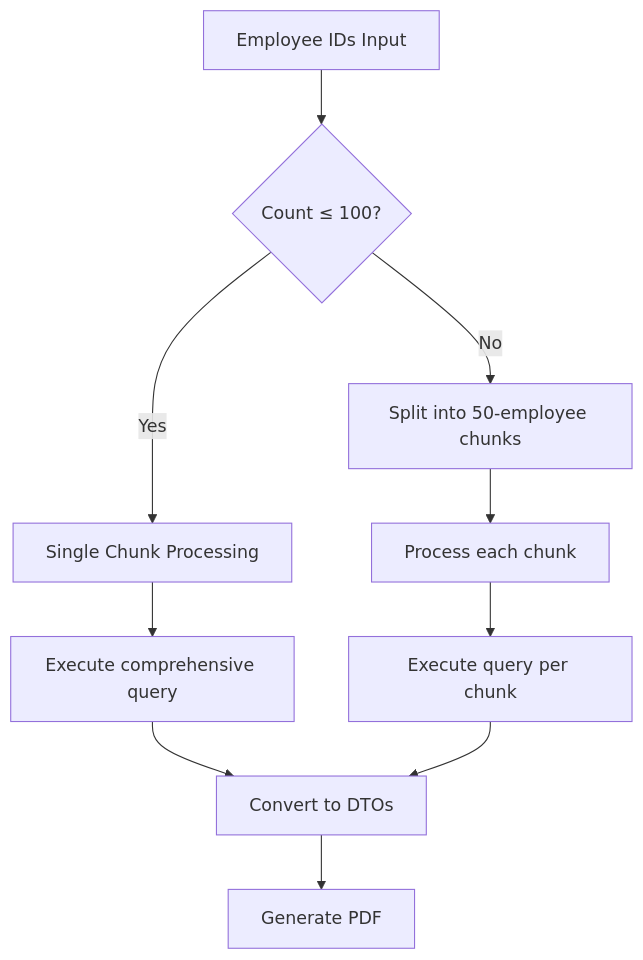
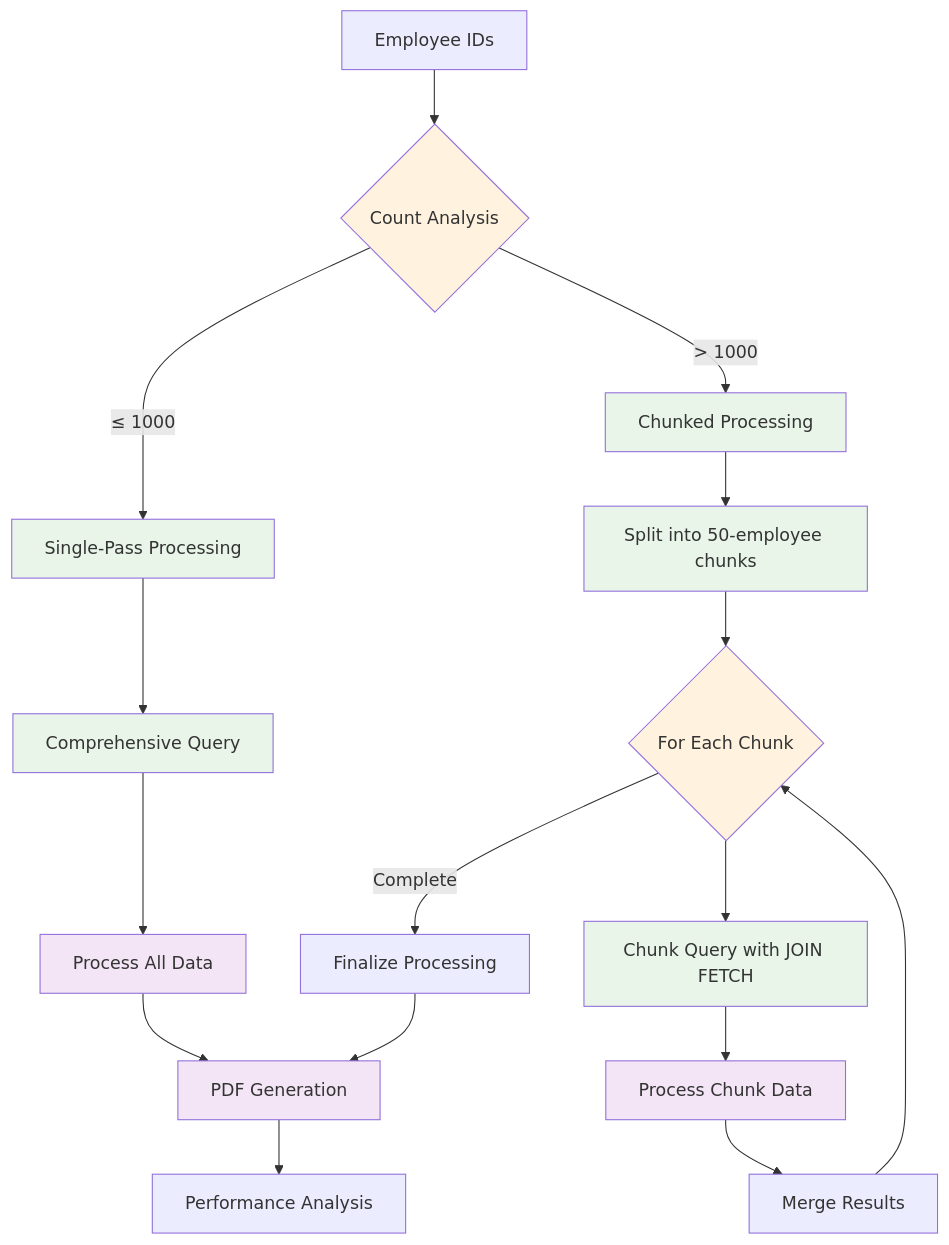
The fifth of 11 diagrams in docs/pdf-generation-process.md (dpavelescu/certification-report-system), drawn with Mermaid before and after one commit. The commit also changed other lines of this file and 36 other files, not shown here.

````diff
--- a/docs/pdf-generation-process.md
+++ b/docs/pdf-generation-process.md
@@ -68,12 +301,30 @@
 ```mermaid
 graph TD
-    A[Employee IDs Input] --> B{Count ≤ 100?}
-    B -->|Yes| C[Single Chunk Processing]
-    B -->|No| D[Split into 50-employee chunks]
-    C --> E[Execute comprehensive query]
-    D --> F[Process each chunk]
-    F --> G[Execute query per chunk]
-    E --> H[Convert to DTOs]
-    G --> H
-    H --> I[Generate PDF]
+    Input[Employee IDs] --> Size{Count Analysis}
+    Size -->|≤ 1000| Single[Single-Pass Processing]
+    Size -->|> 1000| Chunk[Chunked Processing]
+    
+    Single --> Query1[Comprehensive Query]
+    Query1 --> Process1[Process All Data]
+    
+    Chunk --> Split[Split into 50-employee chunks]
+    Split --> Loop{For Each Chunk}
+    Loop --> Query2[Chunk Query with JOIN FETCH]
+    Query2 --> Process2[Process Chunk Data]
+    Process2 --> Merge[Merge Results]
+    Merge --> Loop
+    Loop -->|Complete| Finalize[Finalize Processing]
+    
+    Process1 --> Generate[PDF Generation]
+    Finalize --> Generate
+    
+    Generate --> Performance[Performance Analysis]
+    
+    classDef decision fill:#fff3e0
+    classDef process fill:#e8f5e8
+    classDef optimize fill:#f3e5f5
+    
+    class Size,Loop decision
+    class Single,Chunk,Split,Query1,Query2 process
+    class Process1,Process2,Generate optimize
 ```
````
